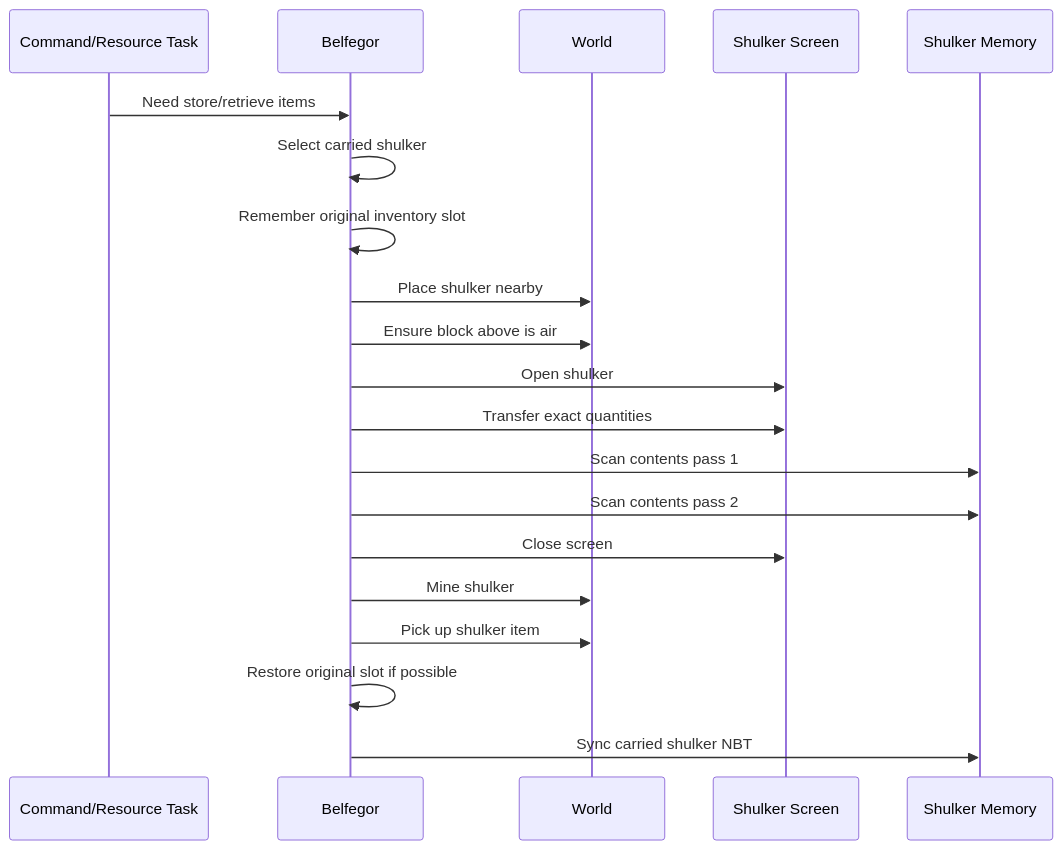
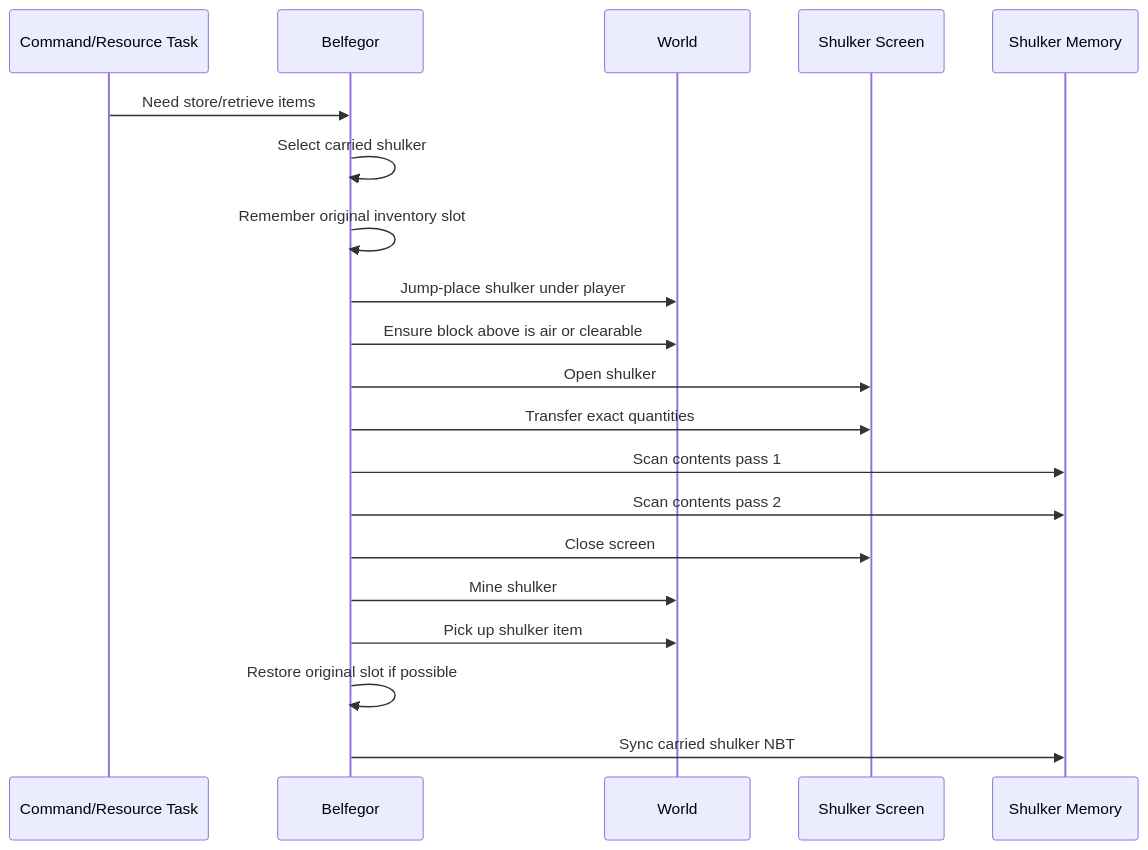
Before and after one commit to unaveragetech/Belfegor: the second of 4 diagrams in docs/SHULKER_MANAGEMENT.md, drawn with Mermaid. The commit also changed other lines of this file and 117 other files, not shown here.

````diff
--- a/docs/SHULKER_MANAGEMENT.md
+++ b/docs/SHULKER_MANAGEMENT.md
@@ -23,23 +24,23 @@
 ```mermaid
 sequenceDiagram
     participant Cmd as Command/Resource Task
     participant Bot as Belfegor
     participant World as World
     participant UI as Shulker Screen
     participant Mem as Shulker Memory
 
     Cmd->>Bot: Need store/retrieve items
     Bot->>Bot: Select carried shulker
     Bot->>Bot: Remember original inventory slot
-    Bot->>World: Place shulker nearby
-    Bot->>World: Ensure block above is air
+    Bot->>World: Jump-place shulker under player
+    Bot->>World: Ensure block above is air or clearable
     Bot->>UI: Open shulker
     Bot->>UI: Transfer exact quantities
     Bot->>Mem: Scan contents pass 1
     Bot->>Mem: Scan contents pass 2
     Bot->>UI: Close screen
     Bot->>World: Mine shulker
     Bot->>World: Pick up shulker item
     Bot->>Bot: Restore original slot if possible
     Bot->>Mem: Sync carried shulker NBT
 ```
````
